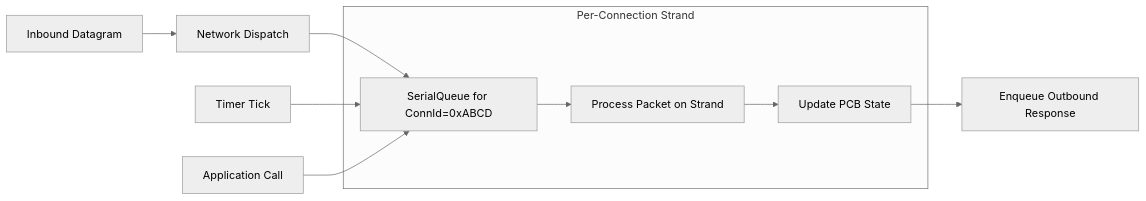
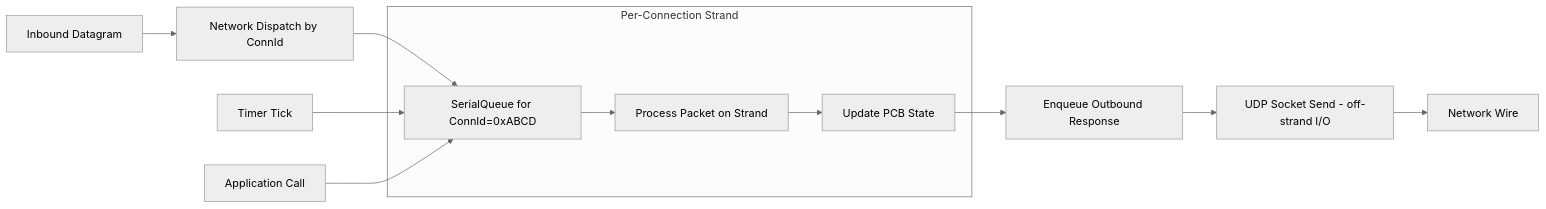
One commit to liulilittle/ucp changed the fifth of 14 diagrams in docs/architecture.md. Above: the diagram before and after it, drawn with Mermaid (neutral theme). The commit also changed other lines of this file and 17 other files, not shown here.

````diff
--- a/docs/architecture.md
+++ b/docs/architecture.md
@@ -91,16 +184,19 @@
 ```mermaid
 flowchart LR
-    Inbound[Inbound Datagram] --> Dispatch[Network Dispatch]
+    Inbound[Inbound Datagram] --> Dispatch[Network Dispatch by ConnId]
     Dispatch --> SQ[SerialQueue for ConnId=0xABCD]
     SQ --> Process[Process Packet on Strand]
     Process --> State[Update PCB State]
     State --> Outbound[Enqueue Outbound Response]
     Timer[Timer Tick] --> SQ
     AppCall[Application Call] --> SQ
 
     subgraph Strand[Per-Connection Strand]
         SQ
         Process
         State
     end
+
+    Outbound --> Socket[UDP Socket Send - off-strand I/O]
+    Socket --> Wire[Network Wire]
 ```
````
